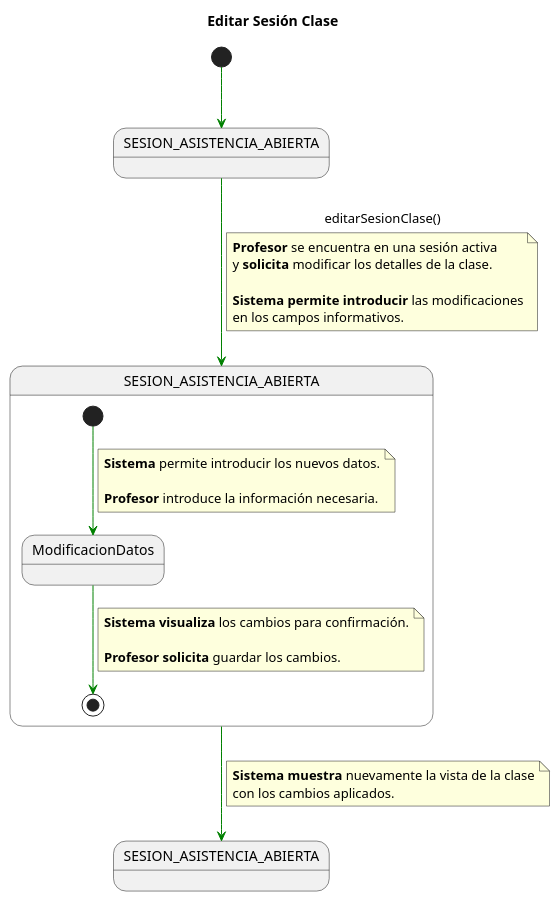
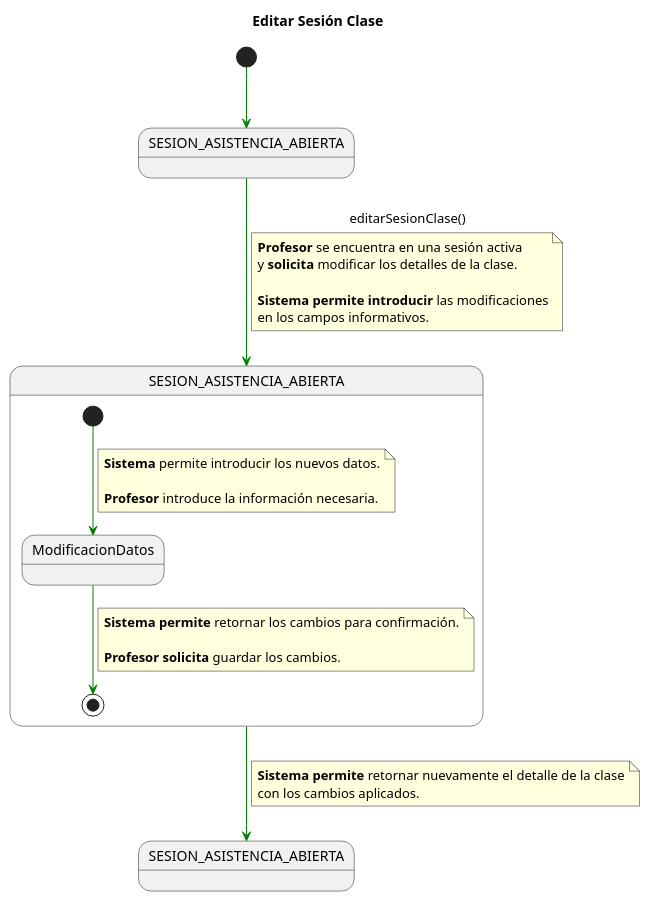
Before and after one commit to enmabry/25-26-IdSw1-SdR: the diagram in documents/CasosDeUso/DetalladoCasosDeUso/Profesor/editarSesionClase.puml, drawn with PlantUML. The commit also changed 44 other files, not shown here.

Commit message:
Se ha hecho una revision exhaustiva de todos los cambios en el detallado y los casos de uso.

```diff
--- a/documents/CasosDeUso/DetalladoCasosDeUso/Profesor/editarSesionClase.puml
+++ b/documents/CasosDeUso/DetalladoCasosDeUso/Profesor/editarSesionClase.puml
@@ -1,46 +1,46 @@
 @startuml
 title Editar Sesión Clase
 skinparam linetype polyline
 
 state SESION_ACTUAL_INICIAL as "SESION_ASISTENCIA_ABIERTA"
 state PROCESO_EDICION_COMP  as "SESION_ASISTENCIA_ABIERTA"
 state SESION_ACTUAL_FINAL   as "SESION_ASISTENCIA_ABIERTA"
 
 [*] -[#green]-> SESION_ACTUAL_INICIAL
 
 SESION_ACTUAL_INICIAL -[#green]-> PROCESO_EDICION_COMP : editarSesionClase()
 note on link
 <b>Profesor</b> se encuentra en una sesión activa
 y <b>solicita</b> modificar los detalles de la clase.
 
 <b>Sistema permite introducir</b> las modificaciones
 en los campos informativos.
 end note
 
 state PROCESO_EDICION_COMP {
 
     state ModificacionDatos
 
     [*] -[#green]-> ModificacionDatos
     note on link
     <b>Sistema</b> permite introducir los nuevos datos.
 
     <b>Profesor</b> introduce la información necesaria.
     end note
 
     ModificacionDatos -[#green]-> [*]
     note on link
-    <b>Sistema visualiza</b> los cambios para confirmación.
+    <b>Sistema permite</b> retornar los cambios para confirmación.
     
     <b>Profesor solicita</b> guardar los cambios.
     end note
 
 }
 
 PROCESO_EDICION_COMP -[#green]-> SESION_ACTUAL_FINAL
 note on link
-<b>Sistema muestra</b> nuevamente la vista de la clase
+<b>Sistema permite</b> retornar nuevamente el detalle de la clase
 con los cambios aplicados.
 end note
 
 @enduml
```
